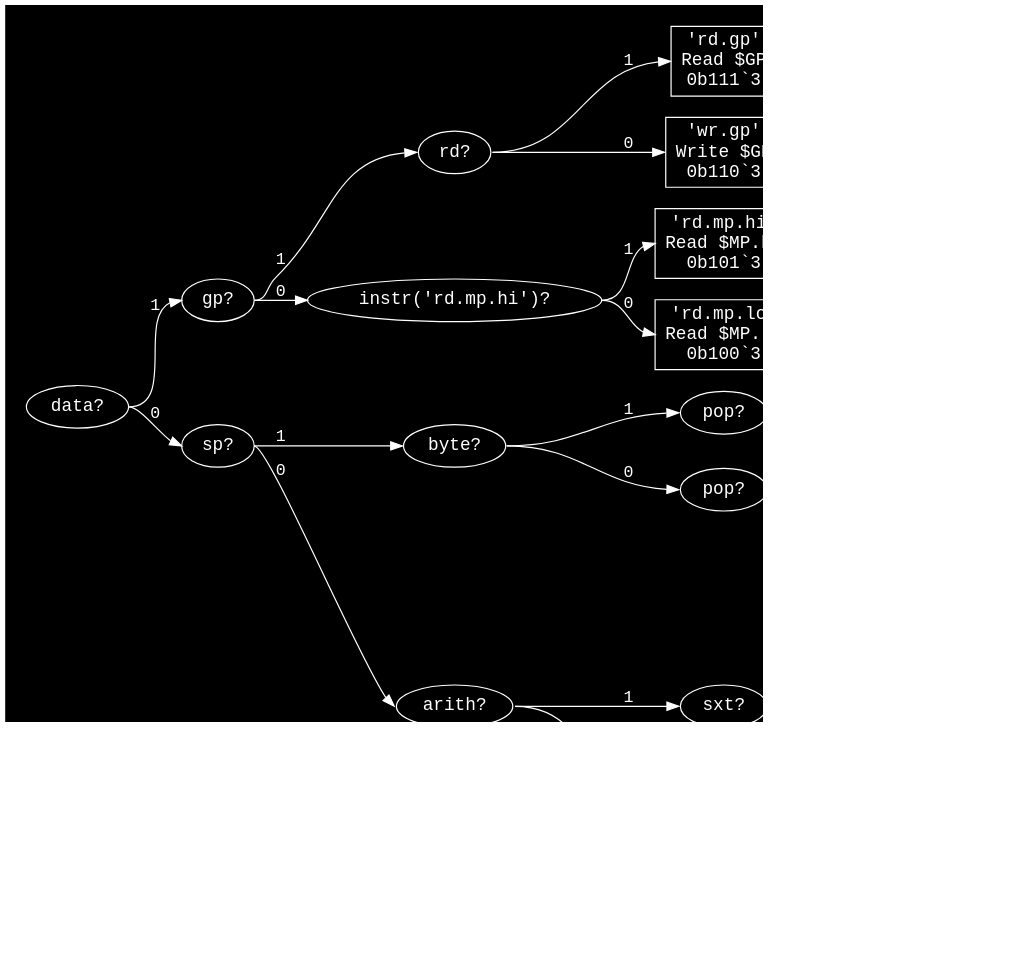
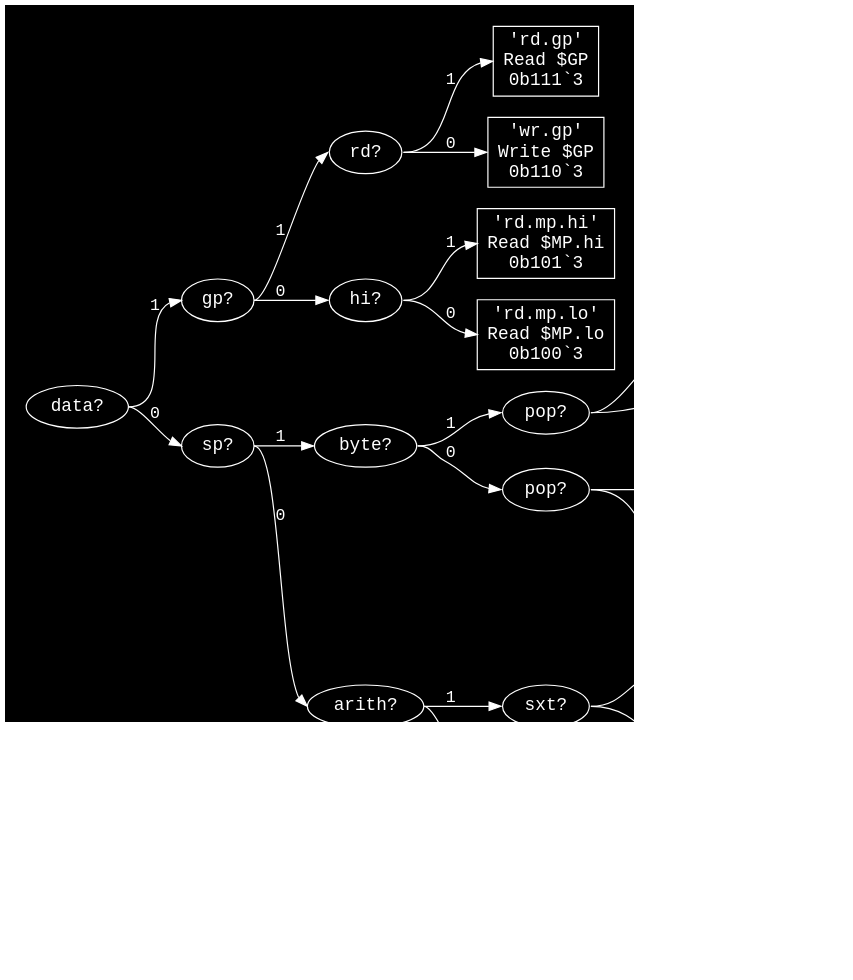
Before and after one commit to eignnx/SPRIND: the diagram in assets/graphs/r(_).dot, drawn with Graphviz. The commit also changed 8 other files, not shown here.

```diff
--- a/assets/graphs/r(_).dot
+++ b/assets/graphs/r(_).dot
@@ -1,50 +1,50 @@
 digraph "Format r(_)" {
   graph [dpi = 100, bgcolor="#111", fontcolor="white", rankdir=LR, pad="0.25"];
   node [fontname = "Courier", fontsize="15pt", color="white", fontcolor="white"];
   edge [fontname = "Courier", color="white", fontcolor="white"];
-  "data_706100" [label = "data?", shape = ellipse];
-  "data_706100":e -> "gp_13770234":w [label = "1"];
-  "data_706100":e -> "sp_11244832":w [label = "0"];
-  "gp_13770234" [label = "gp?", shape = ellipse];
-  "gp_13770234":e -> "rd_12396995":w [label = "1"];
-  "gp_13770234":e -> "instr('rd.mp.hi')_12709354":w [label = "0"];
+  "data_11260581" [label = "data?", shape = ellipse];
+  "data_11260581":e -> "gp_13166642":w [label = "1"];
+  "data_11260581":e -> "sp_11244832":w [label = "0"];
+  "gp_13166642" [label = "gp?", shape = ellipse];
+  "gp_13166642":e -> "rd_12396995":w [label = "1"];
+  "gp_13166642":e -> "hi_11502045":w [label = "0"];
   "rd_12396995" [label = "rd?", shape = ellipse];
   "rd_12396995":e -> "'rd.gp'_7170807":w [label = "1"];
   "rd_12396995":e -> "'wr.gp'_5110024":w [label = "0"];
   "'rd.gp'_7170807" [label = "'rd.gp'\nRead $GP\n0b111`3", shape = rectangle];
   "'wr.gp'_5110024" [label = "'wr.gp'\nWrite $GP\n0b110`3", shape = rectangle];
-  "instr('rd.mp.hi')_12709354" [label = "instr('rd.mp.hi')?", shape = ellipse];
-  "instr('rd.mp.hi')_12709354":e -> "'rd.mp.hi'_6753187":w [label = "1"];
-  "instr('rd.mp.hi')_12709354":e -> "'rd.mp.lo'_9626836":w [label = "0"];
+  "hi_11502045" [label = "hi?", shape = ellipse];
+  "hi_11502045":e -> "'rd.mp.hi'_6753187":w [label = "1"];
+  "hi_11502045":e -> "'rd.mp.lo'_9626836":w [label = "0"];
   "'rd.mp.hi'_6753187" [label = "'rd.mp.hi'\nRead $MP.hi\n0b101`3", shape = rectangle];
   "'rd.mp.lo'_9626836" [label = "'rd.mp.lo'\nRead $MP.lo\n0b100`3", shape = rectangle];
   "sp_11244832" [label = "sp?", shape = ellipse];
   "sp_11244832":e -> "byte_11388536":w [label = "1"];
   "sp_11244832":e -> "arith_8397043":w [label = "0"];
   "byte_11388536" [label = "byte?", shape = ellipse];
   "byte_11388536":e -> "pop_13701219":w [label = "1"];
   "byte_11388536":e -> "pop_11052152":w [label = "0"];
   "pop_13701219" [label = "pop?", shape = ellipse];
   "pop_13701219":e -> "popb_9607987":w [label = "1"];
   "pop_13701219":e -> "pushb_7132072":w [label = "0"];
   "popb_9607987" [label = "popb\nPop Byte\n0b0111`4", shape = rectangle];
   "pushb_7132072" [label = "pushb\nPush Byte\n0b0110`4", shape = rectangle];
   "pop_11052152" [label = "pop?", shape = ellipse];
   "pop_11052152":e -> "popw_1825455":w [label = "1"];
   "pop_11052152":e -> "pushw_9011362":w [label = "0"];
   "popw_1825455" [label = "popw\nPop Word\n0b0101`4", shape = rectangle];
   "pushw_9011362" [label = "pushw\nPush Word\n0b0100`4", shape = rectangle];
   "arith_8397043" [label = "arith?", shape = ellipse];
   "arith_8397043":e -> "sxt_1516934":w [label = "1"];
   "arith_8397043":e -> "ra_11984613":w [label = "0"];
   "sxt_1516934" [label = "sxt?", shape = ellipse];
   "sxt_1516934":e -> "seb_8359608":w [label = "1"];
   "sxt_1516934":e -> "neg_298820":w [label = "0"];
   "seb_8359608" [label = "seb\nSign Extend Byte\n0b0011`4", shape = rectangle];
   "neg_298820" [label = "neg\nNegate\n0b0010`4", shape = rectangle];
   "ra_11984613" [label = "ra?", shape = ellipse];
   "ra_11984613":e -> "callr_11085822":w [label = "1"];
   "ra_11984613":e -> "jr_14350230":w [label = "0"];
   "callr_11085822" [label = "callr\nCall Register\n0b0001`4", shape = rectangle];
   "jr_14350230" [label = "jr\nJump Register\n0b0000`4", shape = rectangle];
 }
```
